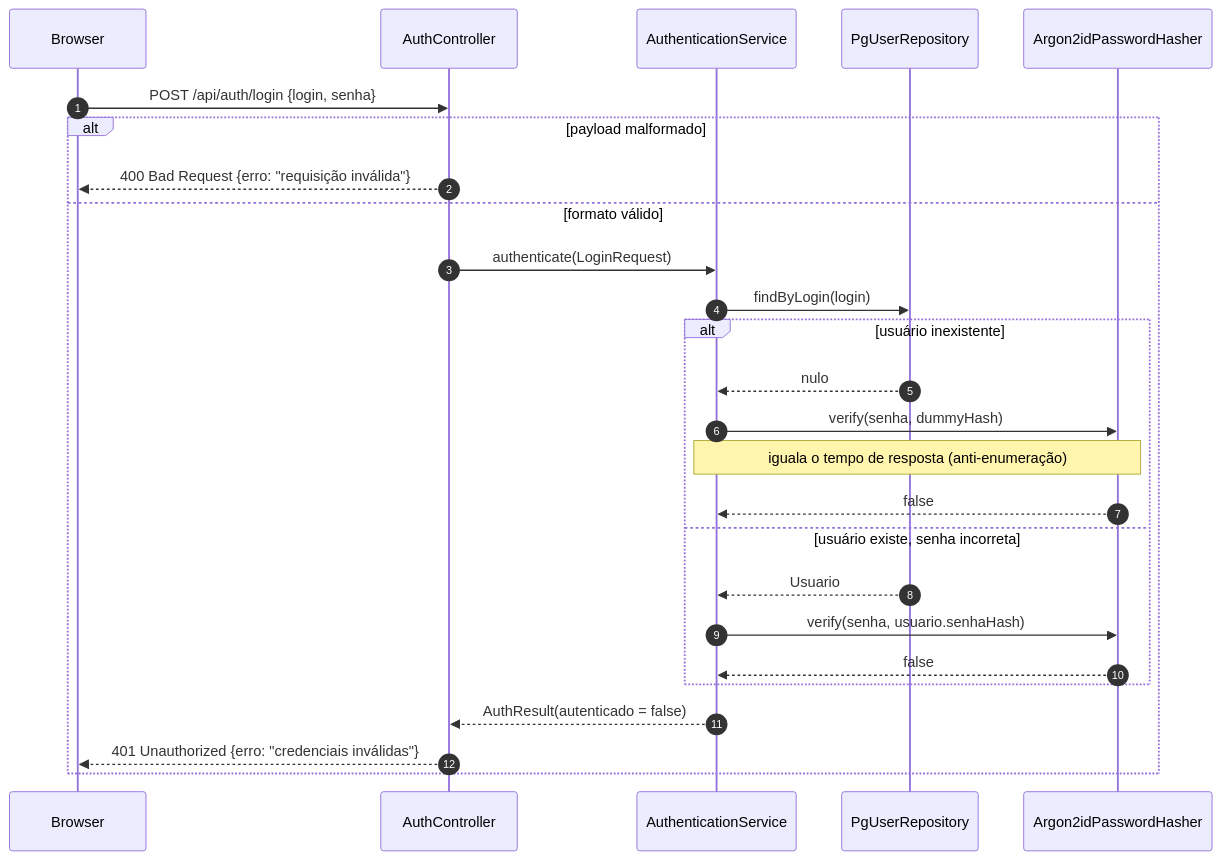
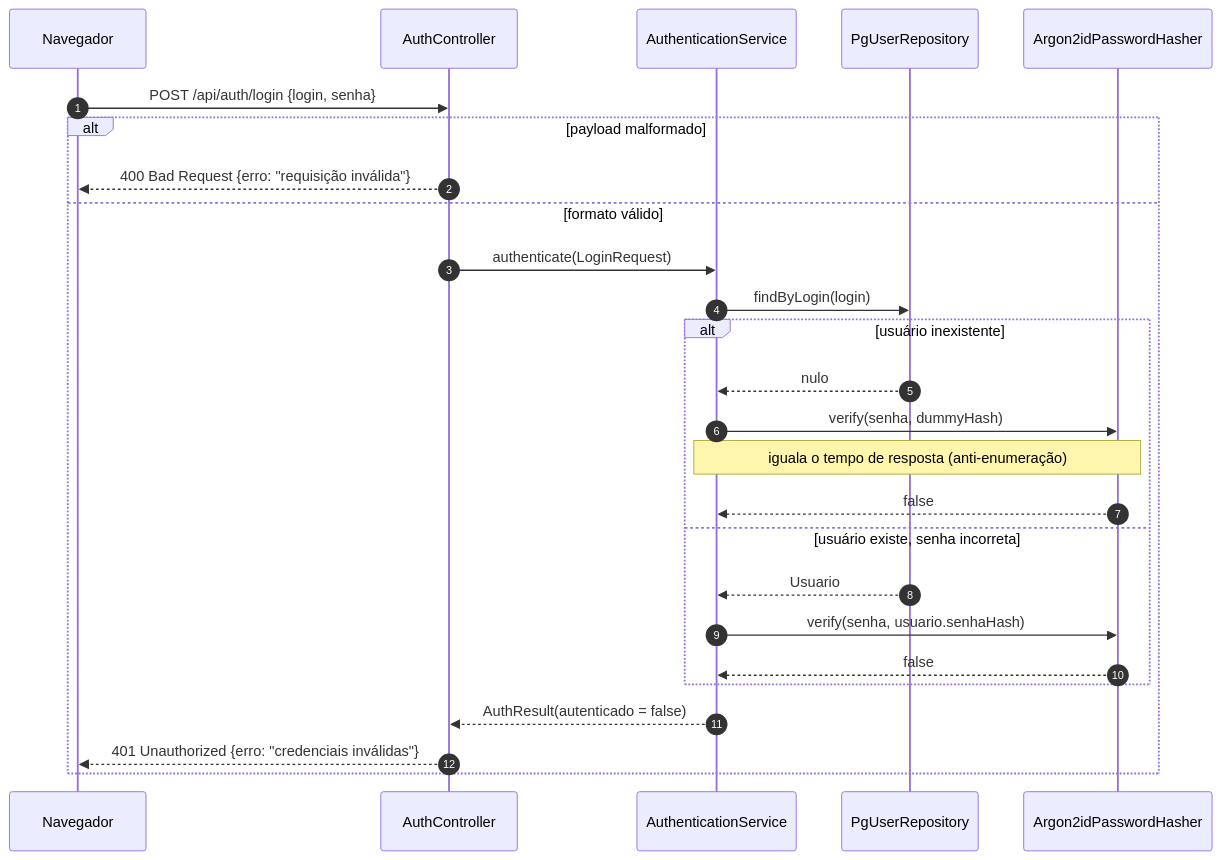
Before and after one commit to LucasRikelmi/aps-arquitetura: the diagram in aps/diagramas/fig09-sequencia-falha.mmd, drawn with Mermaid. The commit also changed 7 other files, not shown here.

First line of the commit message:
[G7] navegador no lugar de browser nas Figuras 2, 3, 8 e 9 (D1)

```diff
--- a/aps/diagramas/fig09-sequencia-falha.mmd
+++ b/aps/diagramas/fig09-sequencia-falha.mmd
@@ -1,26 +1,26 @@
 sequenceDiagram
   autonumber
-  participant B as Browser
+  participant B as Navegador
   participant C as AuthController
   participant S as AuthenticationService
   participant R as PgUserRepository
   participant H as Argon2idPasswordHasher
   B->>C: POST /api/auth/login {login, senha}
   alt payload malformado
     C-->>B: 400 Bad Request {erro: "requisição inválida"}
   else formato válido
     C->>S: authenticate(LoginRequest)
     S->>R: findByLogin(login)
     alt usuário inexistente
       R-->>S: nulo
       S->>H: verify(senha, dummyHash)
       Note over S,H: iguala o tempo de resposta (anti-enumeração)
       H-->>S: false
     else usuário existe, senha incorreta
       R-->>S: Usuario
       S->>H: verify(senha, usuario.senhaHash)
       H-->>S: false
     end
     S-->>C: AuthResult(autenticado = false)
     C-->>B: 401 Unauthorized {erro: "credenciais inválidas"}
   end
```
